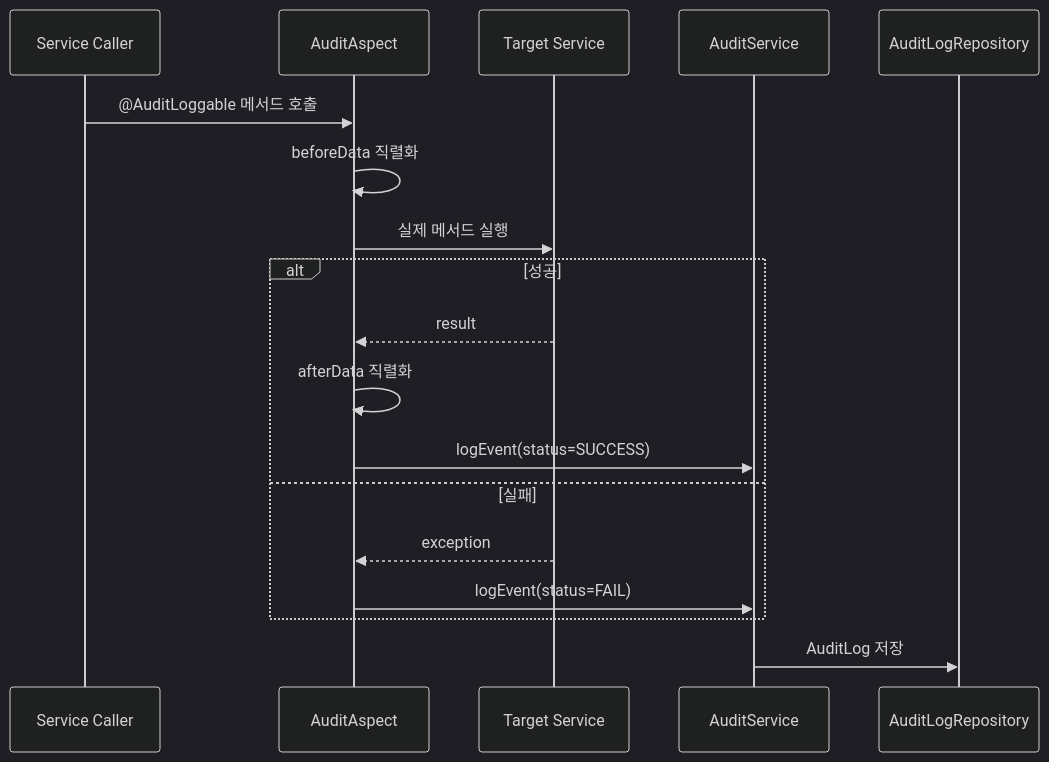
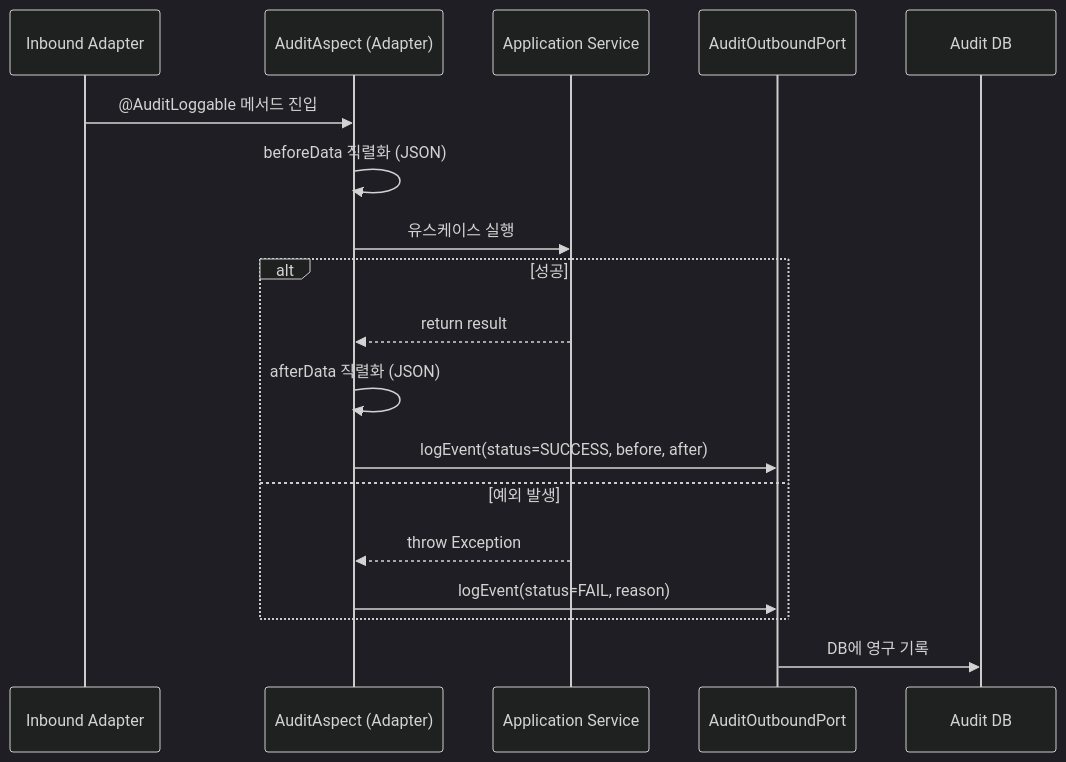
Before and after one commit to skyg547/account: the second of 3 diagrams in governance/docs/process-flow.md, drawn with Mermaid (dark theme). The commit also changed other lines of this file and 94 other files, not shown here.

````diff
--- a/governance/docs/process-flow.md
+++ b/governance/docs/process-flow.md
@@ -22,21 +22,21 @@
 ```mermaid
 sequenceDiagram
-    participant Caller as Service Caller
-    participant Aspect as AuditAspect
-    participant Service as Target Service
-    participant Audit as AuditService
-    participant Repo as AuditLogRepository
+    participant Caller as Inbound Adapter
+    participant Aspect as AuditAspect (Adapter)
+    participant Service as Application Service
+    participant AuditPort as AuditOutboundPort
+    participant Repo as Audit DB
 
-    Caller->>Aspect: @AuditLoggable 메서드 호출
-    Aspect->>Aspect: beforeData 직렬화
-    Aspect->>Service: 실제 메서드 실행
+    Caller->>Aspect: @AuditLoggable 메서드 진입
+    Aspect->>Aspect: beforeData 직렬화 (JSON)
+    Aspect->>Service: 유스케이스 실행
     alt 성공
-        Service-->>Aspect: result
-        Aspect->>Aspect: afterData 직렬화
-        Aspect->>Audit: logEvent(status=SUCCESS)
-    else 실패
-        Service-->>Aspect: exception
-        Aspect->>Audit: logEvent(status=FAIL)
+        Service-->>Aspect: return result
+        Aspect->>Aspect: afterData 직렬화 (JSON)
+        Aspect->>AuditPort: logEvent(status=SUCCESS, before, after)
+    else 예외 발생
+        Service-->>Aspect: throw Exception
+        Aspect->>AuditPort: logEvent(status=FAIL, reason)
     end
-    Audit->>Repo: AuditLog 저장
+    AuditPort->>Repo: DB에 영구 기록
 ```
````
